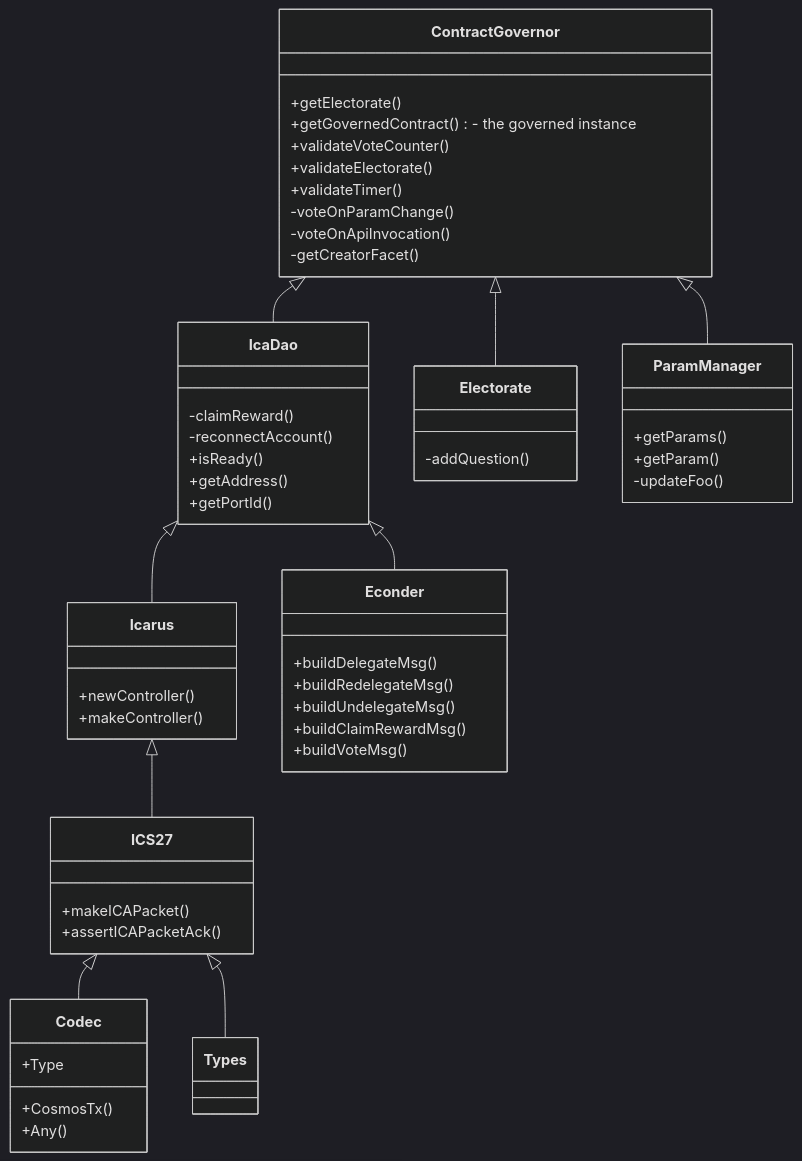
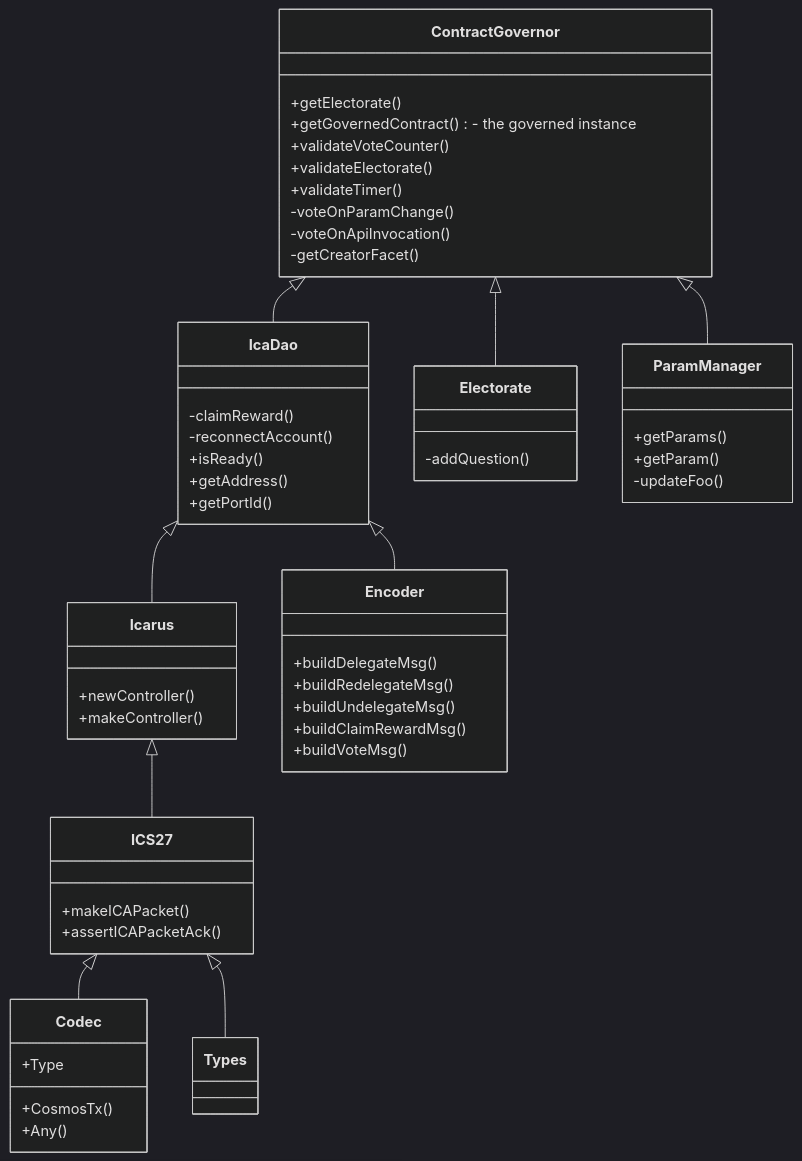
Before and after one commit to Jorge-Lopes/agoric-components: the diagram in cosmos-hub-ica/class-diagram.md, drawn with Mermaid (dark theme).

Commit message:
Fix typo in the class-diagram

````diff
--- a/cosmos-hub-ica/class-diagram.md
+++ b/cosmos-hub-ica/class-diagram.md
@@ -1,63 +1,63 @@
 ```mermaid
 classDiagram
 
     Icarus <|-- ICS27
     ICS27 <|-- Codec
     ICS27 <|-- Types
     IcaDao <|-- Icarus
-    IcaDao <|-- Econder
+    IcaDao <|-- Encoder
     ContractGovernor <|-- IcaDao
     ContractGovernor <|-- Electorate
     ContractGovernor <|-- ParamManager
 
 
     class Icarus{
         +newController()
         +makeController()
     }
     class ICS27{
         +makeICAPacket()
         +assertICAPacketAck()
     }
     class Types{
 
     }
     class Codec{
     +CosmosTx()
     +Any()
     +Type
     }
 
     class IcaDao{
         -claimReward()
         -reconnectAccount()
         +isReady()
         +getAddress()
         +getPortId()
     }
-    class Econder{
+    class Encoder{
         +buildDelegateMsg()
         +buildRedelegateMsg()
         +buildUndelegateMsg()
         +buildClaimRewardMsg()
         +buildVoteMsg()
     }
     class ContractGovernor{
         +getElectorate()
         +getGovernedContract() - the governed instance
         +validateVoteCounter()
         +validateElectorate()
         +validateTimer()
         -voteOnParamChange()
         -voteOnApiInvocation()
         -getCreatorFacet()
     }
     class Electorate{
         -addQuestion()
     }
     class ParamManager{
         +getParams()
         +getParam()
         -updateFoo()
     }
 ```
````
